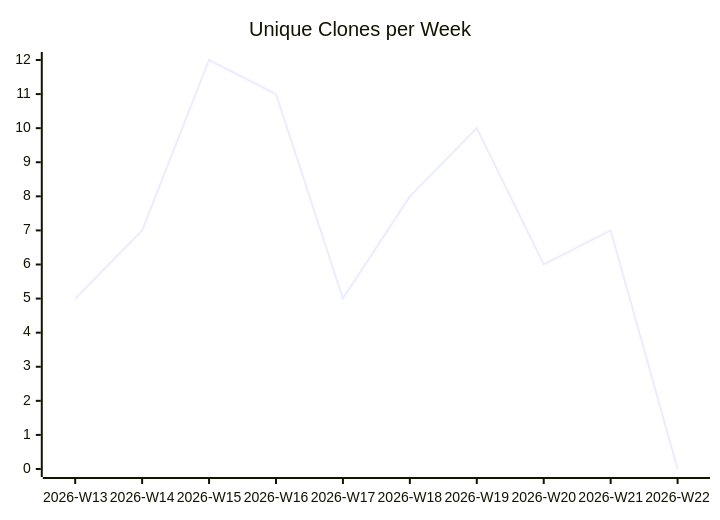
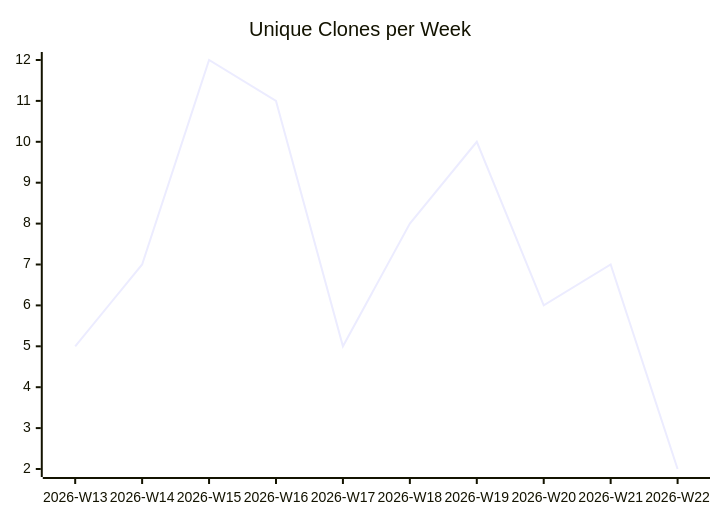
One commit to justdavis-family/github-analytics-data changed the third of 3 diagrams in karlmdavis/fhir-benchmarks/README.md. Above: the diagram before and after it, drawn with Mermaid. The commit also changed other lines of this file and 191 other files, not shown here.

````diff
--- a/karlmdavis/fhir-benchmarks/README.md
+++ b/karlmdavis/fhir-benchmarks/README.md
@@ -19,6 +19,6 @@
 ```mermaid
 xychart-beta
   title "Unique Clones per Week"
   x-axis ["2026-W13", "2026-W14", "2026-W15", "2026-W16", "2026-W17", "2026-W18", "2026-W19", "2026-W20", "2026-W21", "2026-W22"]
-  line [5, 7, 12, 11, 5, 8, 10, 6, 7, 0]
+  line [5, 7, 12, 11, 5, 8, 10, 6, 7, 2]
 ```
````
